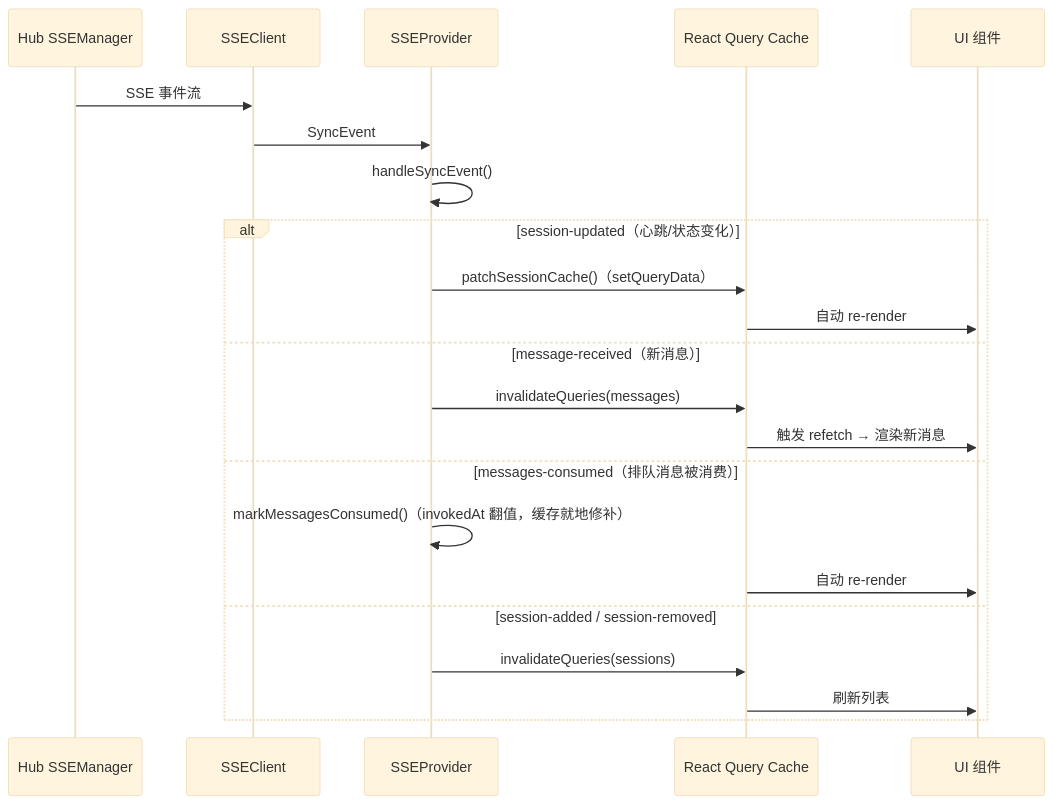
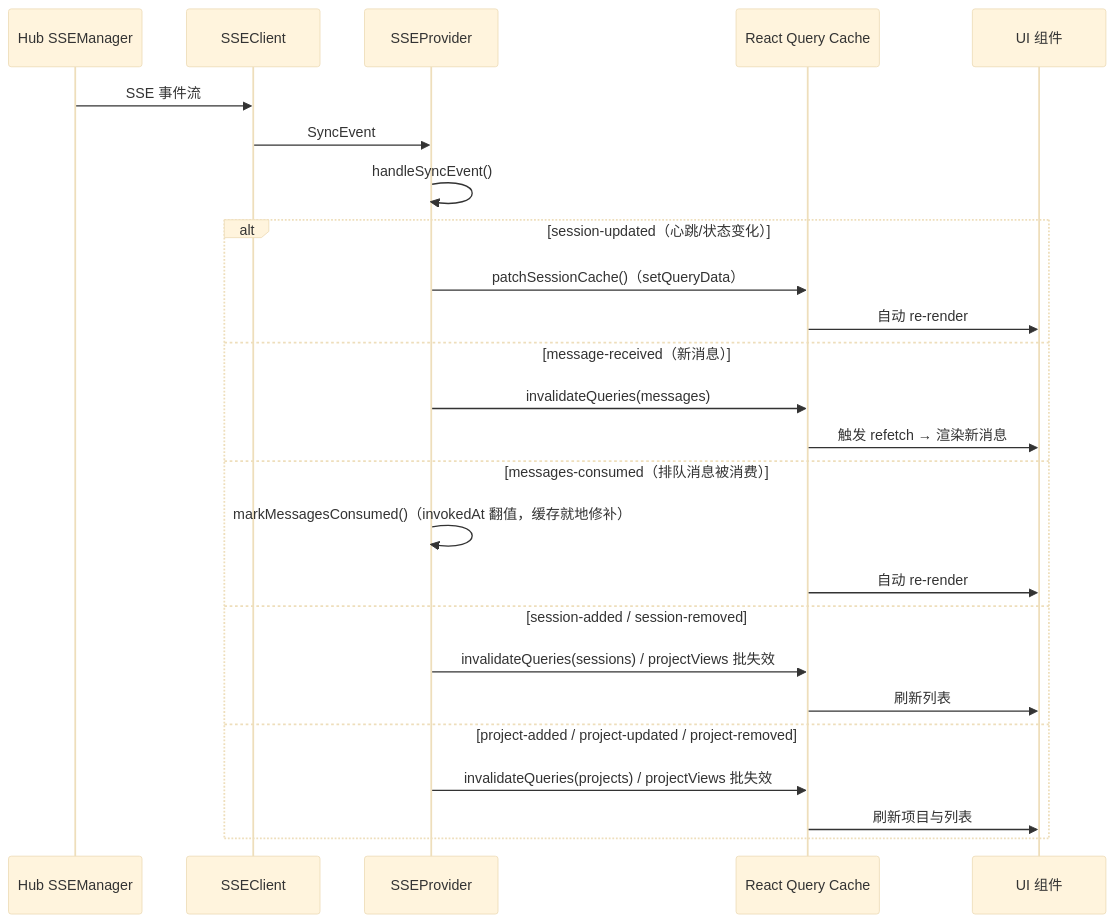
Before and after one commit to ModuBit/mobi: the third of 5 diagrams in docs/architecture/web/README.md, drawn with Mermaid (base theme). The commit also changed other lines of this file and 17 other files, not shown here.

Commit message:
docs(arch): 同步项目实体化——projects API/缓存/事件、--project、web 数据层

````diff
--- a/docs/architecture/web/README.md
+++ b/docs/architecture/web/README.md
@@ -406,26 +412,29 @@
 ```mermaid
 sequenceDiagram
     participant Hub as Hub SSEManager
     participant SSEClient as SSEClient
     participant Provider as SSEProvider
     participant QC as React Query Cache
     participant UI as UI 组件
 
     Hub->>SSEClient: SSE 事件流
     SSEClient->>Provider: SyncEvent
     Provider->>Provider: handleSyncEvent()
 
     alt session-updated（心跳/状态变化）
         Provider->>QC: patchSessionCache()（setQueryData）
         QC->>UI: 自动 re-render
     else message-received（新消息）
         Provider->>QC: invalidateQueries(messages)
         QC->>UI: 触发 refetch → 渲染新消息
     else messages-consumed（排队消息被消费）
         Provider->>Provider: markMessagesConsumed()（invokedAt 翻值，缓存就地修补）
         QC->>UI: 自动 re-render
     else session-added / session-removed
-        Provider->>QC: invalidateQueries(sessions)
+        Provider->>QC: invalidateQueries(sessions) / projectViews 批失效
         QC->>UI: 刷新列表
+    else project-added / project-updated / project-removed
+        Provider->>QC: invalidateQueries(projects) / projectViews 批失效
+        QC->>UI: 刷新项目与列表
     end
 ```
````
